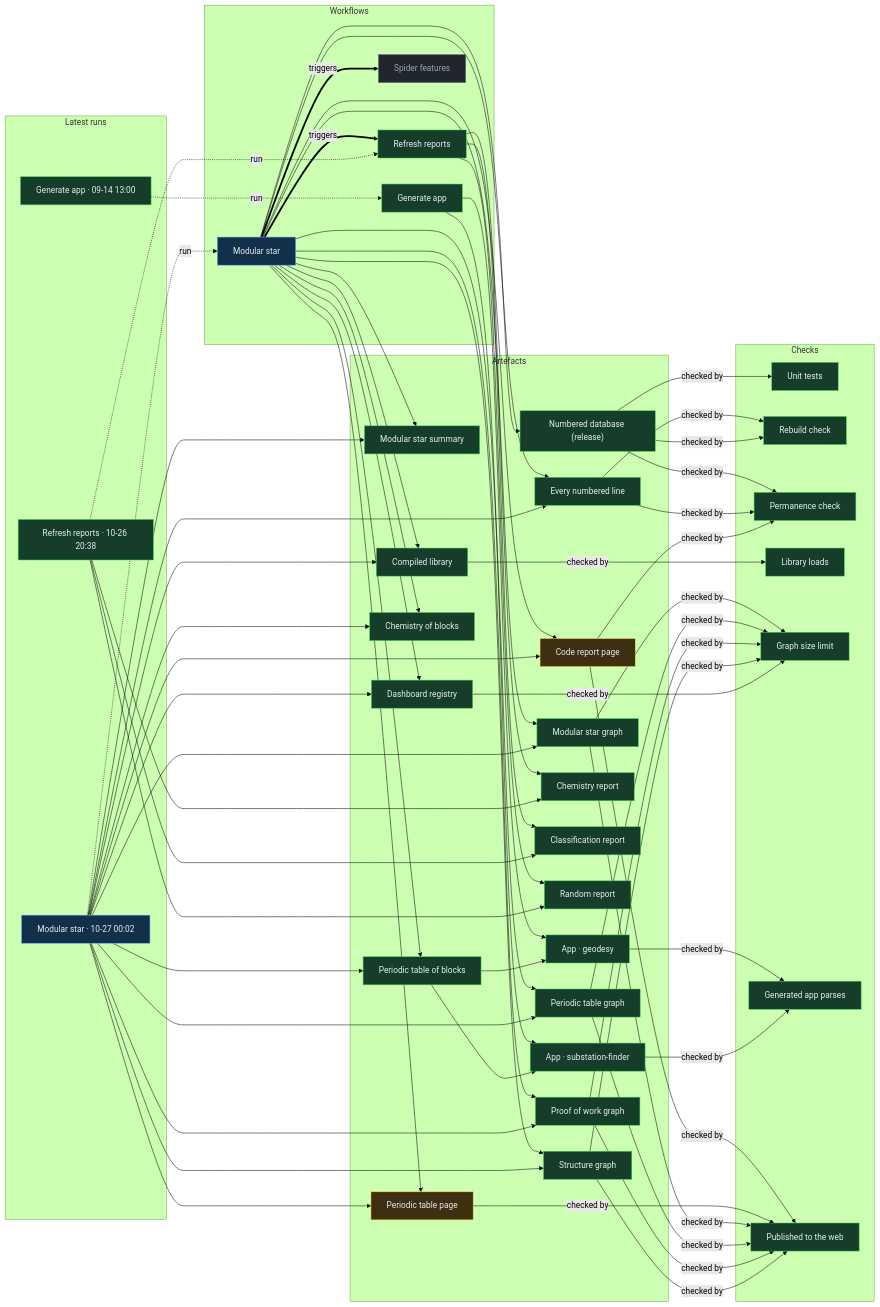
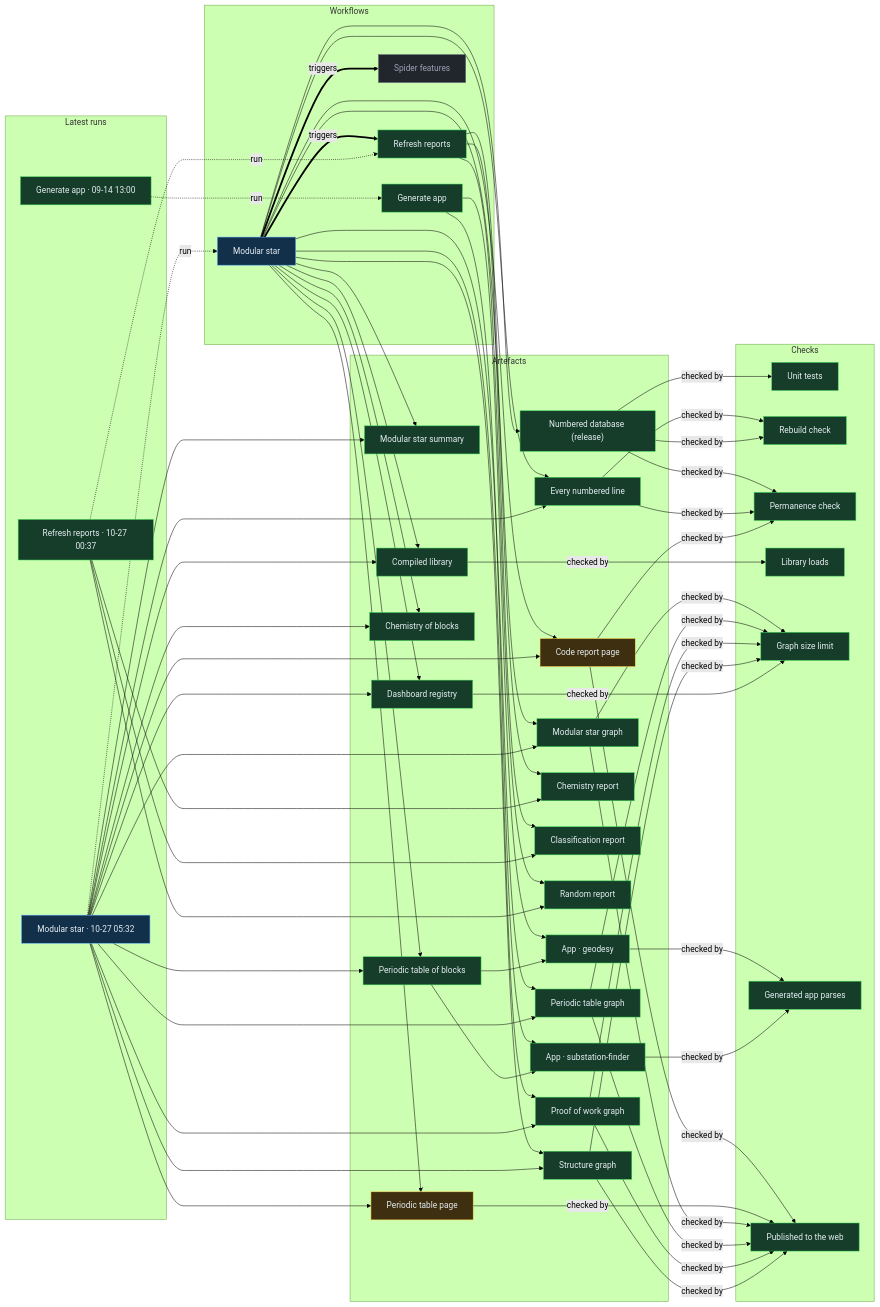
Before and after one commit to Ventusltd/stars: the diagram in proof/PROOF.md, drawn with Mermaid (forest theme). The commit also changed other lines of this file and 203 other files, not shown here.

Commit message:
Modular star 2026-10-27T05:34Z

```diff
--- a/proof/PROOF.md
+++ b/proof/PROOF.md
@@ -24,8 +24,8 @@
   n_wf_spider_features["Spider features"]:::off
   end
   subgraph g_runs["Latest runs"]
-  n_run_40423839705["Modular star · 10-27 00:02"]:::live
-  n_run_40397380063["Refresh reports · 10-26 20:38"]:::ok
+  n_run_40455852268["Modular star · 10-27 05:32"]:::live
+  n_run_40427549842["Refresh reports · 10-27 00:37"]:::ok
   n_run_34846587798["Generate app · 09-14 13:00"]:::ok
   end
   subgraph g_artefacts["Artefacts"]
@@ -59,39 +59,39 @@
   end
   n_wf_modular_star == triggers ==> n_wf_refresh
   n_wf_modular_star == triggers ==> n_wf_spider_features
-  n_run_40423839705 -. run .-> n_wf_modular_star
-  n_run_40397380063 -. run .-> n_wf_refresh
+  n_run_40455852268 -. run .-> n_wf_modular_star
+  n_run_40427549842 -. run .-> n_wf_refresh
   n_run_34846587798 -. run .-> n_wf_generate
   n_wf_modular_star --> n_art_summary
-  n_run_40423839705 --> n_art_summary
+  n_run_40455852268 --> n_art_summary
   n_wf_modular_star --> n_art_lines
-  n_run_40423839705 --> n_art_lines
+  n_run_40455852268 --> n_art_lines
   n_wf_modular_star --> n_art_code
-  n_run_40423839705 --> n_art_code
+  n_run_40455852268 --> n_art_code
   n_wf_modular_star --> n_art_modular_graph
-  n_run_40423839705 --> n_art_modular_graph
+  n_run_40455852268 --> n_art_modular_graph
   n_wf_modular_star --> n_art_blocks
-  n_run_40423839705 --> n_art_blocks
+  n_run_40455852268 --> n_art_blocks
   n_wf_modular_star --> n_art_table
-  n_run_40423839705 --> n_art_table
+  n_run_40455852268 --> n_art_table
   n_wf_modular_star --> n_art_blocks_graph
-  n_run_40423839705 --> n_art_blocks_graph
+  n_run_40455852268 --> n_art_blocks_graph
   n_wf_modular_star --> n_art_reactions
-  n_run_40423839705 --> n_art_reactions
+  n_run_40455852268 --> n_art_reactions
   n_wf_modular_star --> n_art_library
-  n_run_40423839705 --> n_art_library
+  n_run_40455852268 --> n_art_library
   n_wf_modular_star --> n_art_features
-  n_run_40423839705 --> n_art_features
+  n_run_40455852268 --> n_art_features
   n_wf_modular_star --> n_art_proof
-  n_run_40423839705 --> n_art_proof
+  n_run_40455852268 --> n_art_proof
   n_wf_modular_star --> n_art_structure
-  n_run_40423839705 --> n_art_structure
+  n_run_40455852268 --> n_art_structure
   n_wf_refresh --> n_art_chemistry
-  n_run_40397380063 --> n_art_chemistry
+  n_run_40427549842 --> n_art_chemistry
   n_wf_refresh --> n_art_vedic
-  n_run_40397380063 --> n_art_vedic
+  n_run_40427549842 --> n_art_vedic
   n_wf_refresh --> n_art_random
-  n_run_40397380063 --> n_art_random
+  n_run_40427549842 --> n_art_random
   n_wf_modular_star --> n_art_release
   n_wf_generate --> n_app_geodesy
   n_art_blocks --> n_app_geodesy
```
